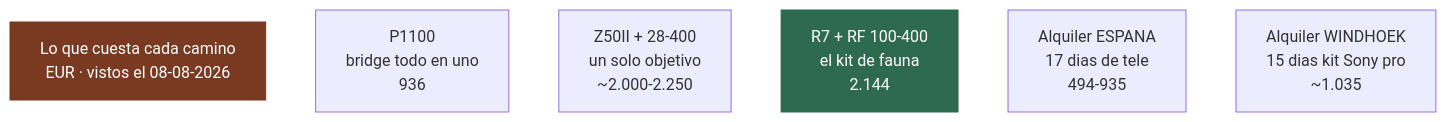
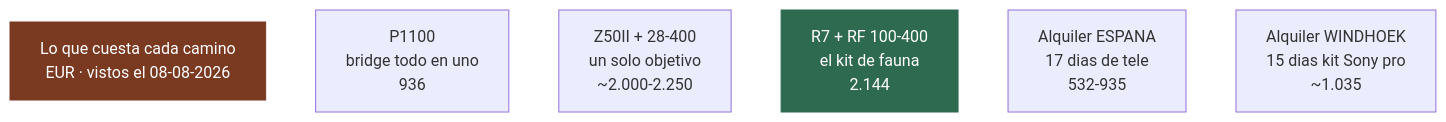
Before and after one commit to morandeirachema/namibia: the first of 2 diagrams in 19-fotografia.md, drawn with Mermaid. The commit also changed other lines of this file and 25 other files, not shown here.

````diff
--- a/19-fotografia.md
+++ b/19-fotografia.md
@@ -79,17 +79,17 @@
 ```mermaid
 flowchart LR
 %% ancho
     T["Lo que cuesta cada camino<br/>EUR · vistos el 08-08-2026"]
     n0["P1100<br/>bridge todo en uno<br/>936"]
     n1["Z50II + 28-400<br/>un solo objetivo<br/>~2.000-2.250"]
     n2["R7 + RF 100-400<br/>el kit de fauna<br/>2.144"]
-    n3["Alquiler ESPANA<br/>17 dias de tele<br/>494-935"]
+    n3["Alquiler ESPANA<br/>17 dias de tele<br/>532-935"]
     n4["Alquiler WINDHOEK<br/>15 dias kit Sony pro<br/>~1.035"]
     T ~~~ n0
     n0 ~~~ n1
     n1 ~~~ n2
     n2 ~~~ n3
     n3 ~~~ n4
     style T fill:#7a3a22,color:#fff,stroke:#7a3a22
     style n2 fill:#2d6a4f,color:#fff,stroke:#2d6a4f
 ```
````
